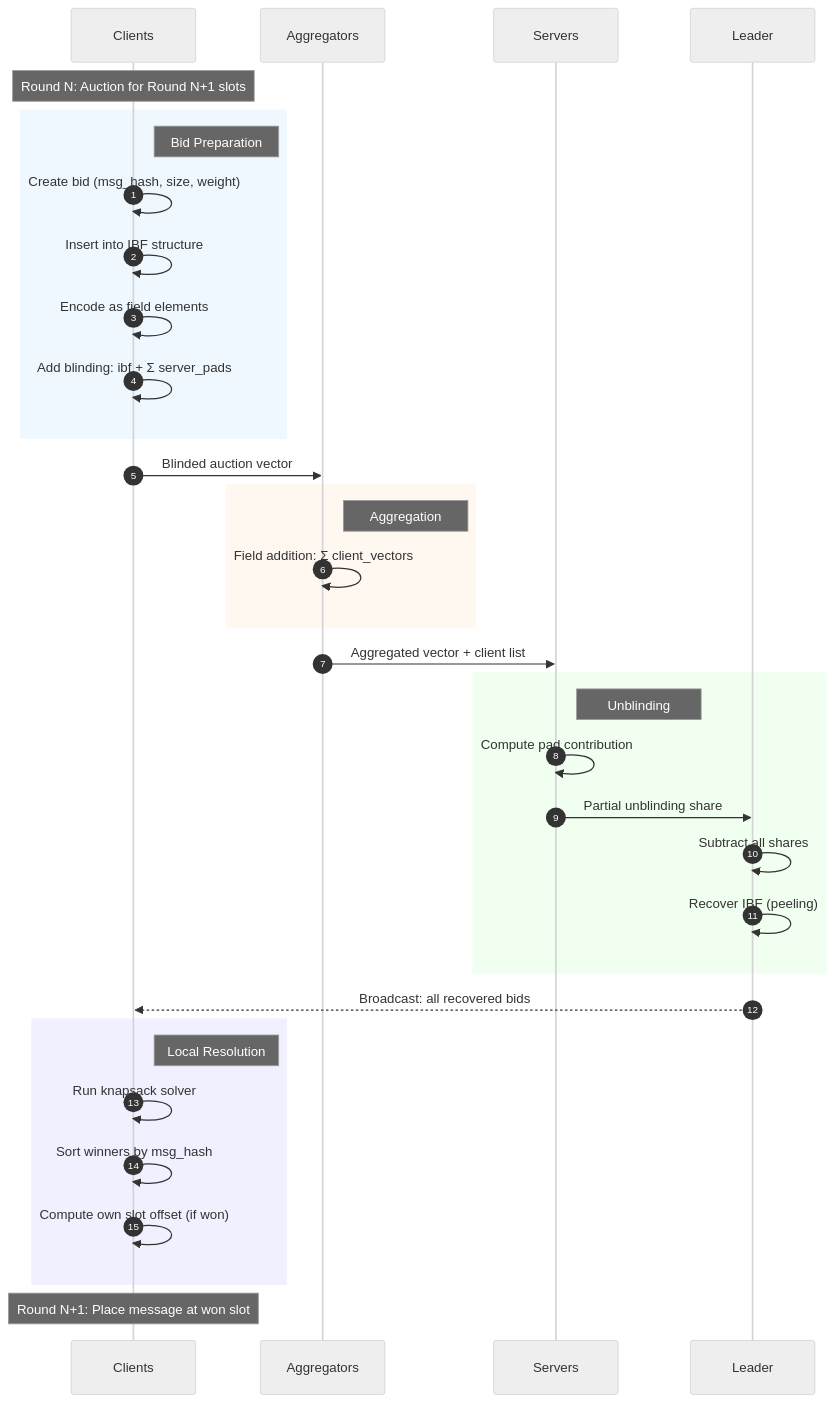
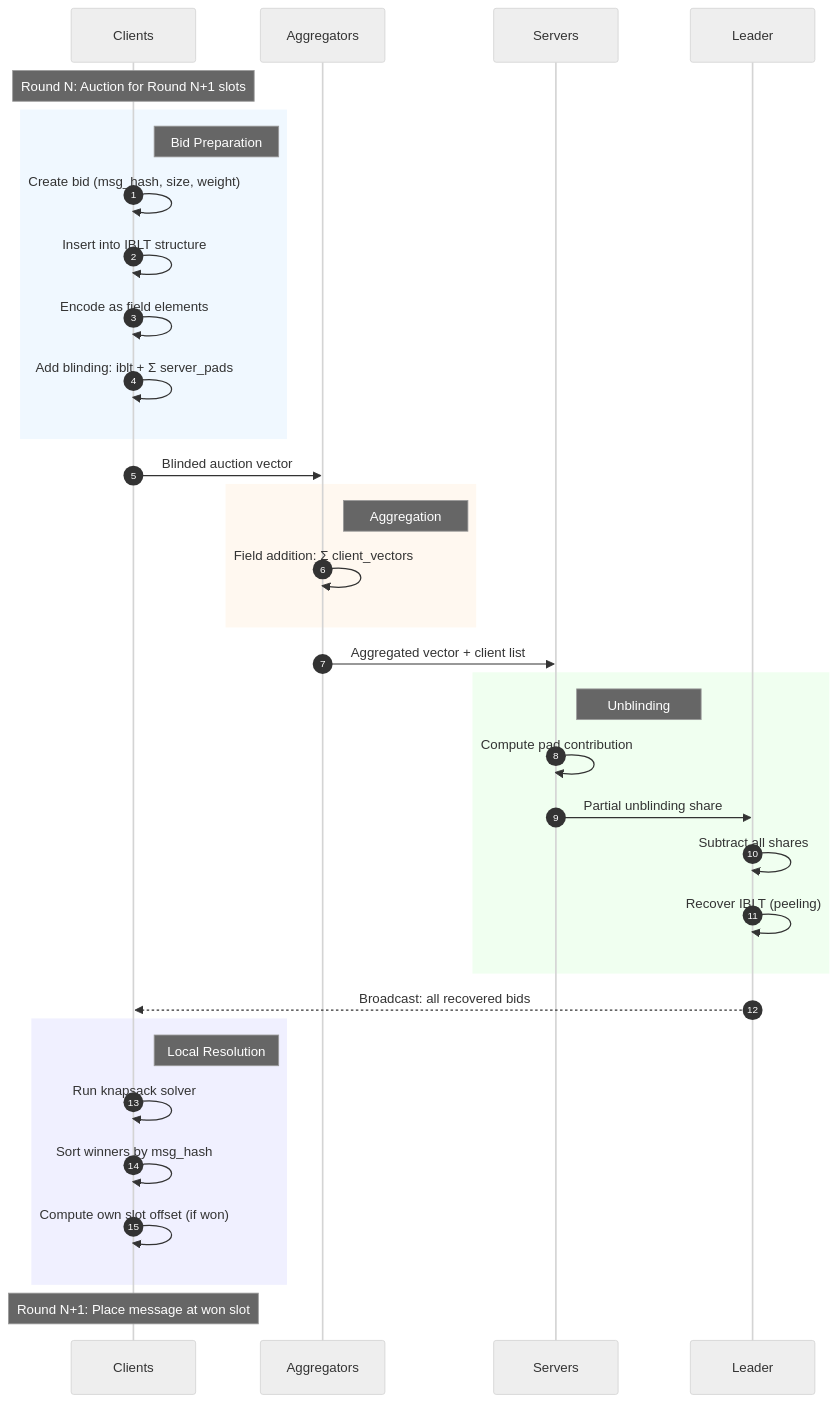
The second of 2 diagrams in protocol/protocol.md (flashbots/adcnet), drawn with Mermaid (neutral theme) before and after one commit. The commit also changed other lines of this file and 17 other files, not shown here.

````diff
--- a/protocol/protocol.md
+++ b/protocol/protocol.md
@@ -105,46 +105,46 @@
 ```mermaid
 sequenceDiagram
     autonumber
     participant C as Clients
     participant A as Aggregators
     participant S as Servers
     participant L as Leader
 
     note over C: Round N: Auction for Round N+1 slots
 
     rect rgb(240, 248, 255)
         note right of C: Bid Preparation
         C->>C: Create bid (msg_hash, size, weight)
-        C->>C: Insert into IBF structure
+        C->>C: Insert into IBLT structure
         C->>C: Encode as field elements
-        C->>C: Add blinding: ibf + Σ server_pads
+        C->>C: Add blinding: iblt + Σ server_pads
     end
 
     C->>A: Blinded auction vector
 
     rect rgb(255, 248, 240)
         note right of A: Aggregation
         A->>A: Field addition: Σ client_vectors
     end
 
     A->>S: Aggregated vector + client list
 
     rect rgb(240, 255, 240)
         note right of S: Unblinding
         S->>S: Compute pad contribution
         S->>L: Partial unblinding share
         L->>L: Subtract all shares
-        L->>L: Recover IBF (peeling)
+        L->>L: Recover IBLT (peeling)
     end
 
     L-->>C: Broadcast: all recovered bids
 
     rect rgb(240, 240, 255)
         note right of C: Local Resolution
         C->>C: Run knapsack solver
         C->>C: Sort winners by msg_hash
         C->>C: Compute own slot offset (if won)
     end
 
     note over C: Round N+1: Place message at won slot
 ```
````
